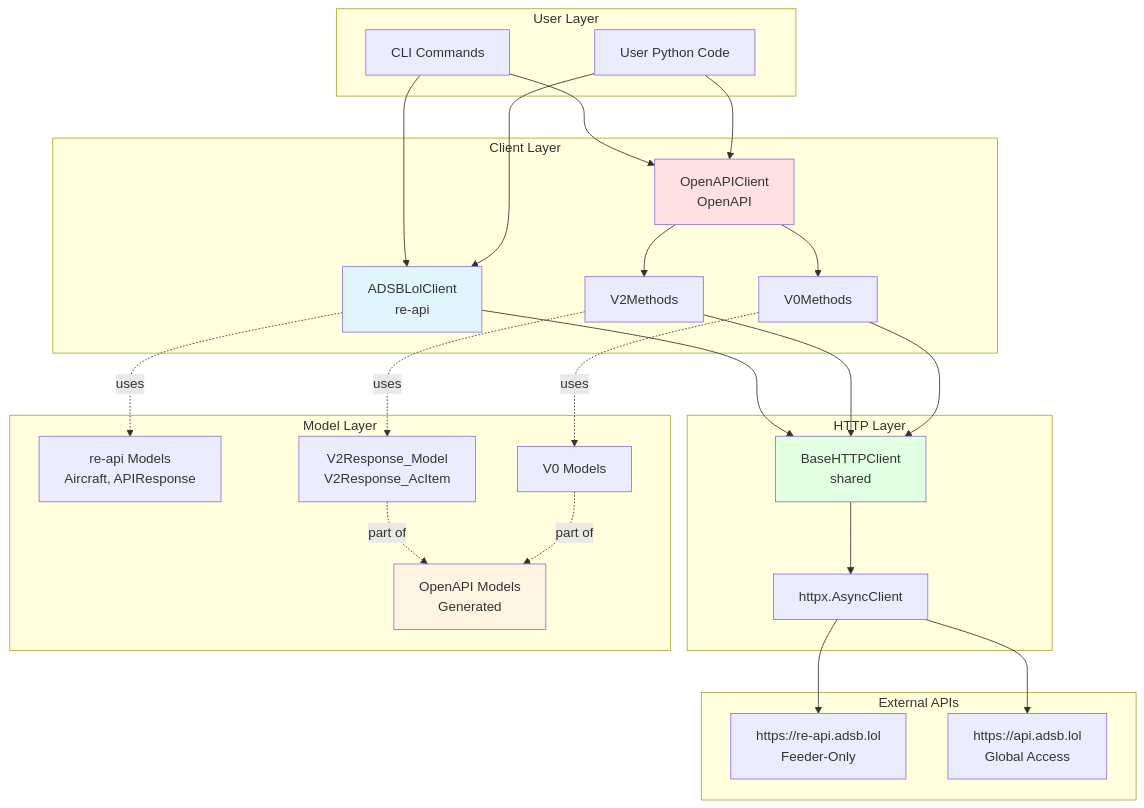
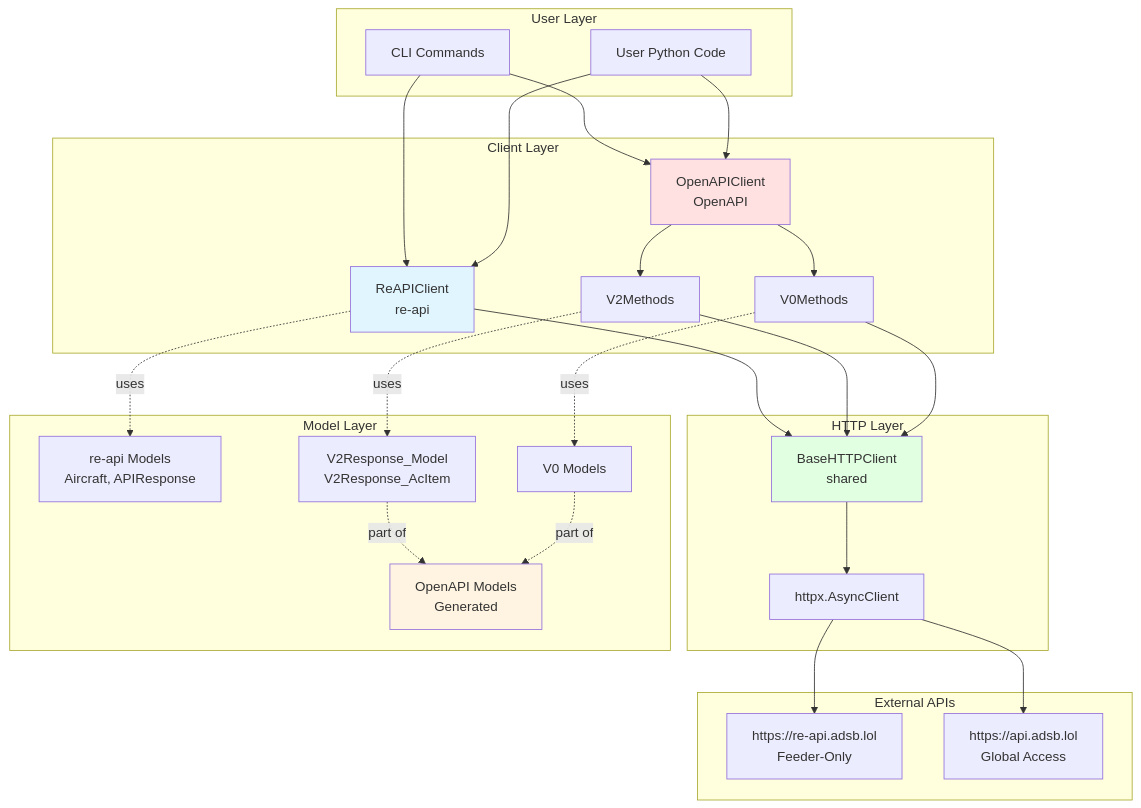
The first of 6 diagrams in openspec/changes/archive/2025-11-18-add-openapi-client-support/design.md (tedivm/skysnoop), drawn with Mermaid before and after one commit. The commit also changed other lines of this file and 59 other files, not shown here.

````diff
--- a/openspec/changes/archive/2025-11-18-add-openapi-client-support/design.md
+++ b/openspec/changes/archive/2025-11-18-add-openapi-client-support/design.md
@@ -9,59 +9,59 @@
 ```mermaid
 graph TB
     subgraph "User Layer"
         CLI[CLI Commands]
         UserCode[User Python Code]
     end
 
     subgraph "Client Layer"
-        ReAPI[ADSBLolClient<br/>re-api]
+        ReAPI[ReAPIClient<br/>re-api]
         OpenAPI[OpenAPIClient<br/>OpenAPI]
         V2[V2Methods]
         V0[V0Methods]
     end
 
     subgraph "HTTP Layer"
         Base[BaseHTTPClient<br/>shared]
         HTTPX[httpx.AsyncClient]
     end
 
     subgraph "Model Layer"
         ReModels[re-api Models<br/>Aircraft, APIResponse]
         OpenModels[OpenAPI Models<br/>Generated]
         V2Models[V2Response_Model<br/>V2Response_AcItem]
         V0Models[V0 Models]
     end
 
     subgraph "External APIs"
         ReAPIEndpoint[https://re-api.adsb.lol<br/>Feeder-Only]
         OpenAPIEndpoint[https://api.adsb.lol<br/>Global Access]
     end
 
     CLI --> ReAPI
     CLI --> OpenAPI
     UserCode --> ReAPI
     UserCode --> OpenAPI
 
     ReAPI --> Base
     OpenAPI --> V2
     OpenAPI --> V0
     V2 --> Base
     V0 --> Base
 
     Base --> HTTPX
 
     HTTPX --> ReAPIEndpoint
     HTTPX --> OpenAPIEndpoint
 
     ReAPI -.uses.-> ReModels
     V2 -.uses.-> V2Models
     V0 -.uses.-> V0Models
 
     V2Models -.part of.-> OpenModels
     V0Models -.part of.-> OpenModels
 
     style ReAPI fill:#e1f5ff
     style OpenAPI fill:#ffe1e1
     style Base fill:#e1ffe1
     style OpenModels fill:#fff4e1
 ```
````
